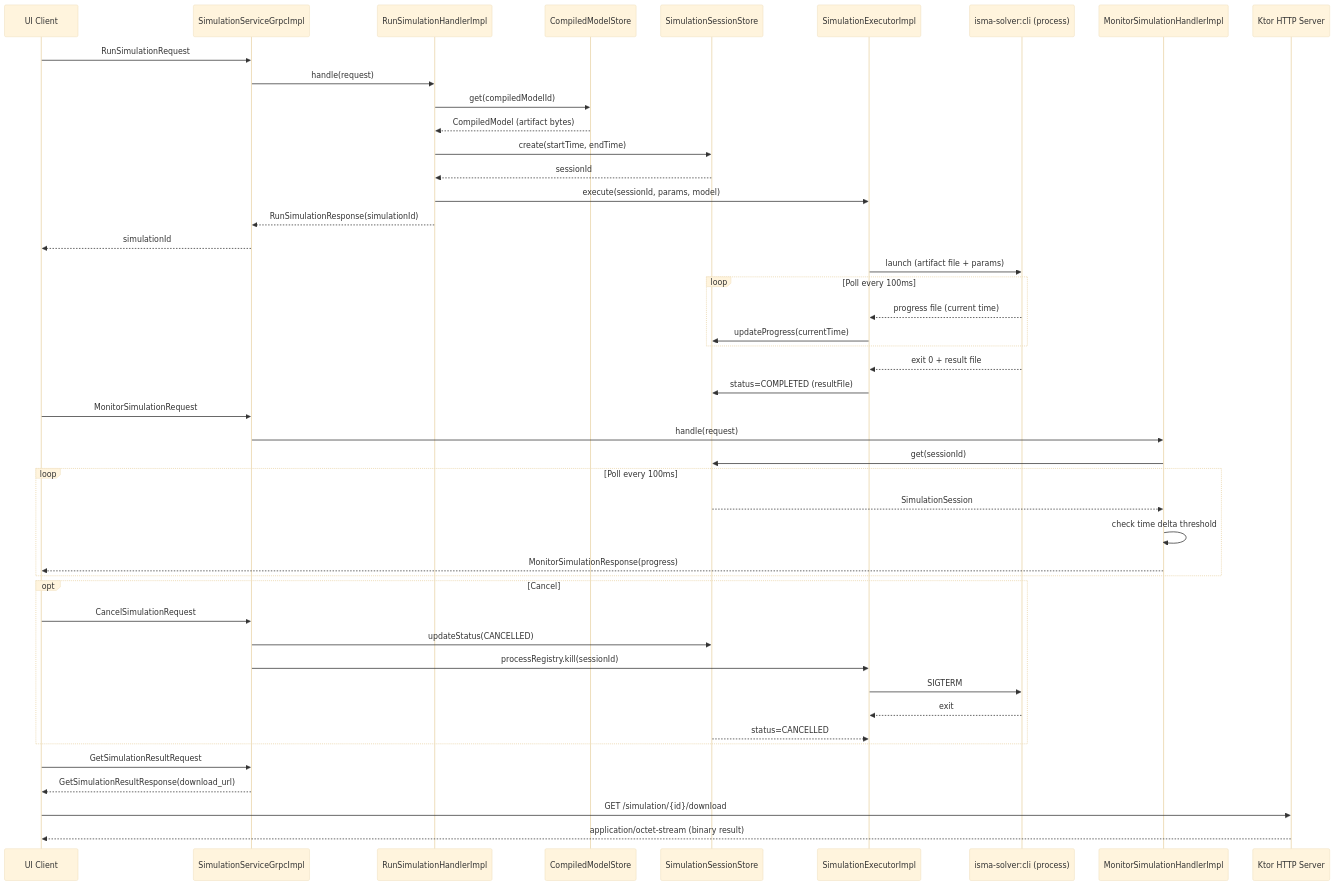
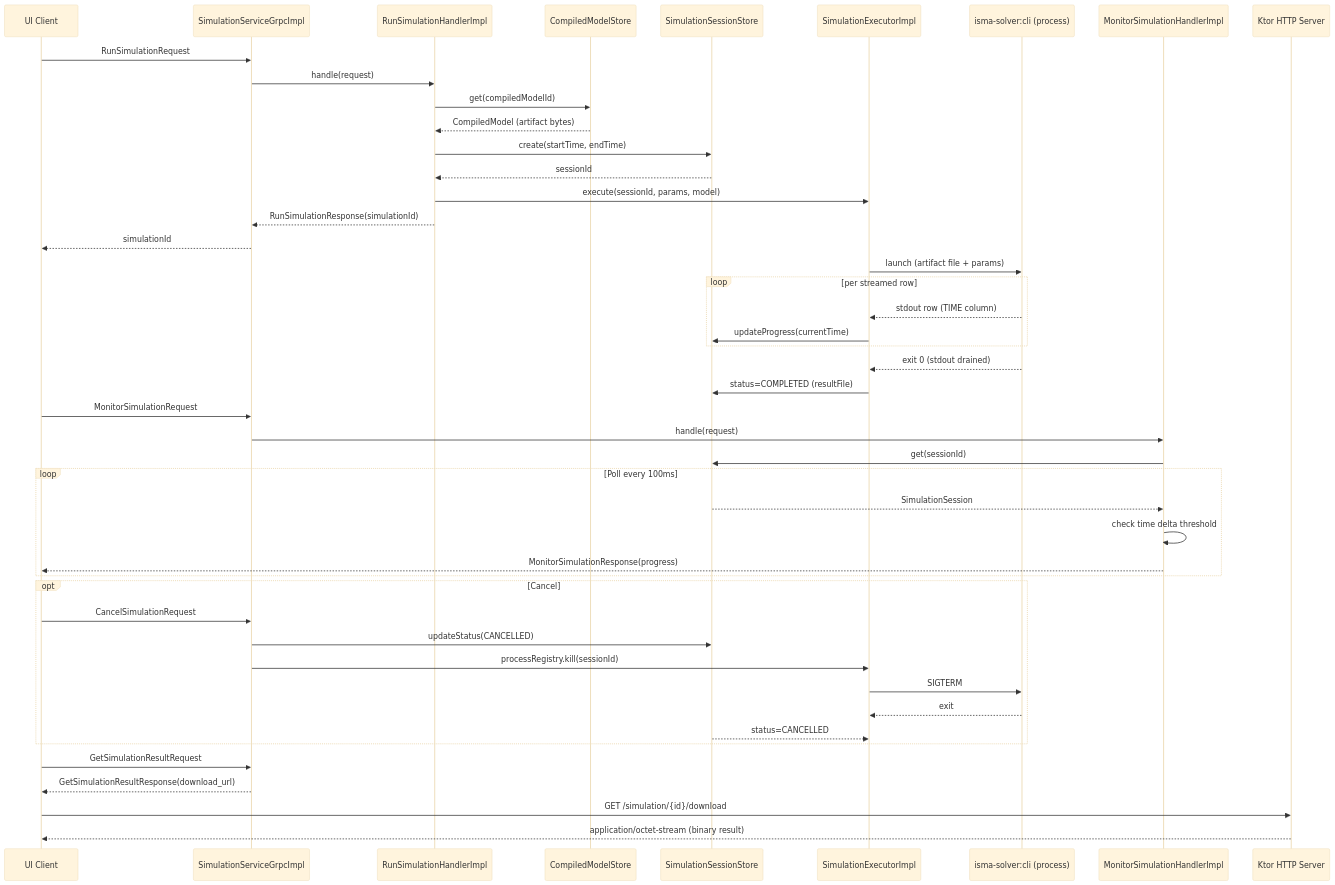
The third of 4 diagrams in docs/isma-daemon/01-overview.md (SmallBossGames/isma), drawn with Mermaid (base theme) before and after one commit. The commit also changed other lines of this file and 16 other files, not shown here.

Commit message:
Result into stdout

````diff
--- a/docs/isma-daemon/01-overview.md
+++ b/docs/isma-daemon/01-overview.md
@@ -136,54 +136,54 @@
 ```mermaid
 sequenceDiagram
     participant Client as UI Client
     participant Grpc as SimulationServiceGrpcImpl
     participant Handler as RunSimulationHandlerImpl
     participant Store as CompiledModelStore
     participant Session as SimulationSessionStore
     participant Executor as SimulationExecutorImpl
     participant Runner as isma-solver:cli (process)
     participant Mon as MonitorSimulationHandlerImpl
     participant Http as Ktor HTTP Server
 
     Client->>Grpc: RunSimulationRequest
     Grpc->>Handler: handle(request)
     Handler->>Store: get(compiledModelId)
     Store-->>Handler: CompiledModel (artifact bytes)
     Handler->>Session: create(startTime, endTime)
     Session-->>Handler: sessionId
     Handler->>Executor: execute(sessionId, params, model)
     Handler-->>Grpc: RunSimulationResponse(simulationId)
     Grpc-->>Client: simulationId
 
     Executor->>Runner: launch (artifact file + params)
-    loop Poll every 100ms
-        Runner-->>Executor: progress file (current time)
+    loop per streamed row
+        Runner-->>Executor: stdout row (TIME column)
         Executor->>Session: updateProgress(currentTime)
     end
-    Runner-->>Executor: exit 0 + result file
+    Runner-->>Executor: exit 0 (stdout drained)
     Executor->>Session: status=COMPLETED (resultFile)
 
     Client->>Grpc: MonitorSimulationRequest
     Grpc->>Mon: handle(request)
     Mon->>Session: get(sessionId)
     loop Poll every 100ms
         Session-->>Mon: SimulationSession
         Mon->>Mon: check time delta threshold
         Mon-->>Client: MonitorSimulationResponse(progress)
     end
 
     opt Cancel
         Client->>Grpc: CancelSimulationRequest
         Grpc->>Session: updateStatus(CANCELLED)
         Grpc->>Executor: processRegistry.kill(sessionId)
         Executor->>Runner: SIGTERM
         Runner-->>Executor: exit
         Session-->>Executor: status=CANCELLED
     end
 
     Client->>Grpc: GetSimulationResultRequest
     Grpc-->>Client: GetSimulationResultResponse(download_url)
 
     Client->>Http: GET /simulation/{id}/download
     Http-->>Client: application/octet-stream (binary result)
 ```
````
